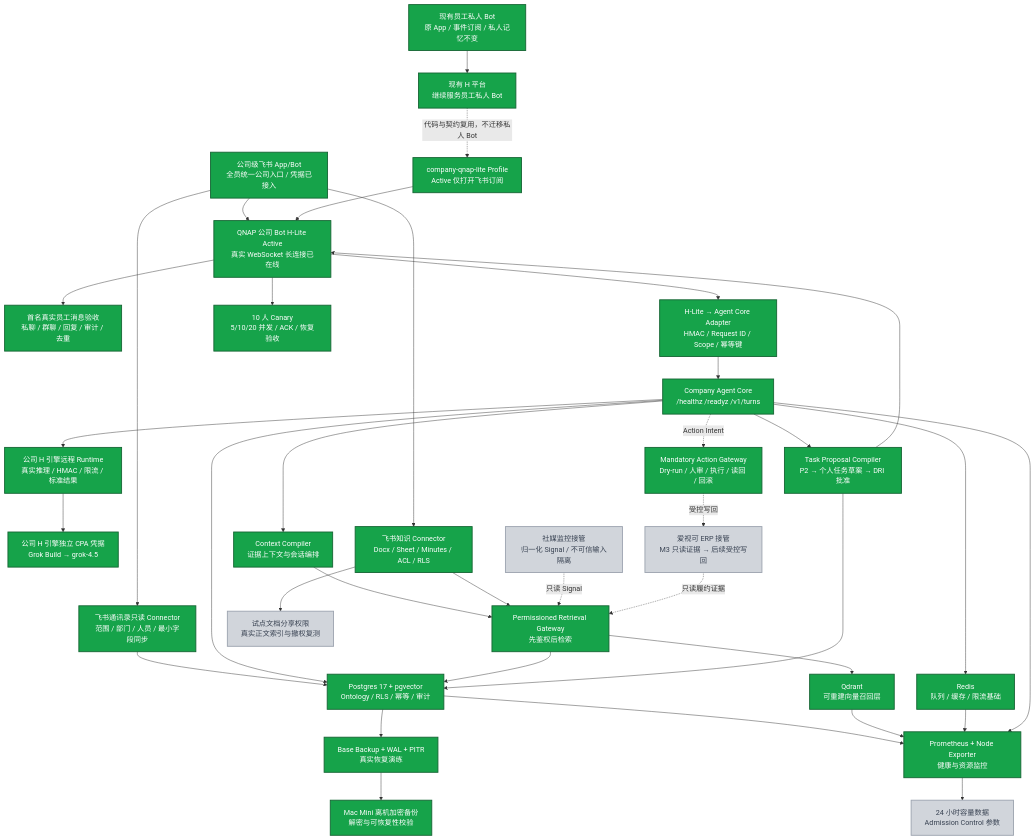
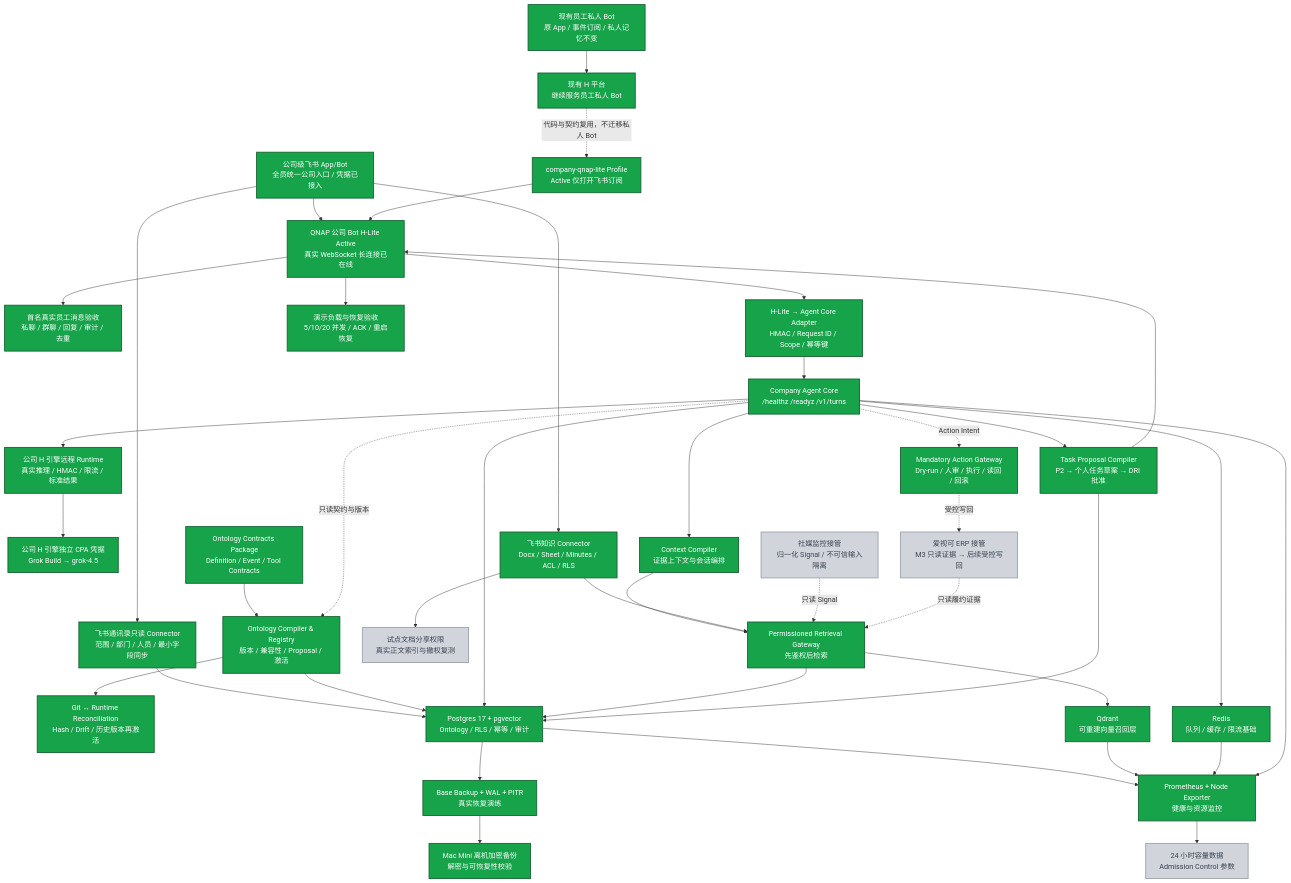
Before and after one commit to Hahaxiong838383/oh-my-ccwork: the diagram in 2-Projects/company-ai-ontology/docs/technical-architecture-progress-2026-08-07.md, drawn with Mermaid. The commit also changed other lines of this file and 5 other files, not shown here.

````diff
--- a/2-Projects/company-ai-ontology/docs/technical-architecture-progress-2026-08-07.md
+++ b/2-Projects/company-ai-ontology/docs/technical-architecture-progress-2026-08-07.md
@@ -10,68 +10,74 @@
 ```mermaid
 flowchart TB
   PRIVATE["现有员工私人 Bot<br/>原 App / 事件订阅 / 私人记忆不变"]:::done
   H_EXISTING["现有 H 平台<br/>继续服务员工私人 Bot"]:::done
   FEISHU["公司级飞书 App/Bot<br/>全员统一公司入口 / 凭据已接入"]:::done
   H_PROFILE["company-qnap-lite Profile<br/>Active 仅打开飞书订阅"]:::done
   H_PROCESS["QNAP 公司 Bot H-Lite Active<br/>真实 WebSocket 长连接已在线"]:::done
   REAL_E2E["首名真实员工消息验收<br/>私聊 / 群聊 / 回复 / 审计 / 去重"]:::done
   DIRECTORY["飞书通讯录只读 Connector<br/>范围 / 部门 / 人员 / 最小字段同步"]:::done
   ADAPTER["H-Lite → Agent Core Adapter<br/>HMAC / Request ID / Scope / 幂等键"]:::done
 
   CORE["Company Agent Core<br/>/healthz /readyz /v1/turns"]:::done
   H_ENGINE["公司 H 引擎远程 Runtime<br/>真实推理 / HMAC / 限流 / 标准结果"]:::done
   H_CREDENTIAL["公司 H 引擎独立 CPA 凭据<br/>Grok Build → grok-4.5"]:::done
   CONTEXT["Context Compiler<br/>证据上下文与会话编排"]:::done
   RETRIEVAL["Permissioned Retrieval Gateway<br/>先鉴权后检索"]:::done
   KNOWLEDGE["飞书知识 Connector<br/>Docx / Sheet / Minutes / ACL / RLS"]:::done
   KNOWLEDGE_ACCESS["试点文档分享权限<br/>真实正文索引与撤权复测"]:::todo
   TASK["Task Proposal Compiler<br/>P2 → 个人任务草案 → DRI 批准"]:::done
+  CONTRACTS["Ontology Contracts Package<br/>Definition / Event / Tool Contracts"]:::done
+  REGISTRY["Ontology Compiler & Registry<br/>版本 / 兼容性 / Proposal / 激活"]:::done
+  RECONCILE["Git ↔ Runtime Reconciliation<br/>Hash / Drift / 历史版本再激活"]:::done
 
   PG["Postgres 17 + pgvector<br/>Ontology / RLS / 幂等 / 审计"]:::done
   QDRANT["Qdrant<br/>可重建向量召回层"]:::done
   REDIS["Redis<br/>队列 / 缓存 / 限流基础"]:::done
   OBS["Prometheus + Node Exporter<br/>健康与资源监控"]:::done
   BACKUP["Base Backup + WAL + PITR<br/>真实恢复演练"]:::done
 
   ACTION["Mandatory Action Gateway<br/>Dry-run / 人审 / 执行 / 读回 / 回滚"]:::done
   ERP["爱视可 ERP 接管<br/>M3 只读证据 → 后续受控写回"]:::todo
   SOCIAL["社媒监控接管<br/>归一化 Signal / 不可信输入隔离"]:::todo
-  CANARY["10 人 Canary<br/>5/10/20 并发 / ACK / 恢复验收"]:::done
+  CANARY["演示负载与恢复验收<br/>5/10/20 并发 / ACK / 重启恢复"]:::done
   OFFSITE["Mac Mini 离机加密备份<br/>解密与可恢复性校验"]:::done
   CAPACITY["24 小时容量数据<br/>Admission Control 参数"]:::todo
 
   PRIVATE --> H_EXISTING
   H_EXISTING -. "代码与契约复用，不迁移私人 Bot" .-> H_PROFILE
   FEISHU --> H_PROCESS
   FEISHU --> DIRECTORY --> PG
   H_PROCESS --> REAL_E2E
   H_PROFILE --> H_PROCESS
   H_PROCESS --> ADAPTER --> CORE
   CORE --> H_ENGINE
   H_ENGINE --> H_CREDENTIAL
   CORE --> CONTEXT --> RETRIEVAL
   FEISHU --> KNOWLEDGE --> RETRIEVAL
   KNOWLEDGE --> KNOWLEDGE_ACCESS
   CORE --> TASK
+  CONTRACTS --> REGISTRY --> RECONCILE
+  REGISTRY --> PG
+  CORE -. "只读契约与版本" .-> REGISTRY
   CORE --> PG
   RETRIEVAL --> PG
   RETRIEVAL --> QDRANT
   CORE --> REDIS
   TASK --> PG
   TASK --> H_PROCESS
   CORE -. "Action Intent" .-> ACTION
   ACTION -. "受控写回" .-> ERP
   SOCIAL -. "只读 Signal" .-> RETRIEVAL
   ERP -. "只读履约证据" .-> RETRIEVAL
   PG --> BACKUP
   PG --> OBS
   QDRANT --> OBS
   REDIS --> OBS
   CORE --> OBS
   H_PROCESS --> CANARY
   BACKUP --> OFFSITE
   OBS --> CAPACITY
 
   classDef done fill:#16a34a,color:#ffffff,stroke:#166534,stroke-width:2px;
   classDef todo fill:#d1d5db,color:#374151,stroke:#9ca3af,stroke-width:2px;
 ```
````
